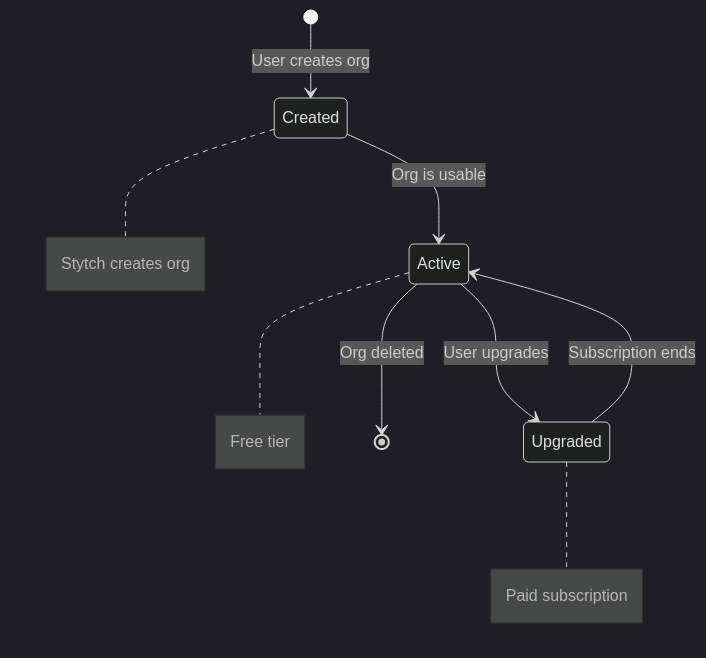
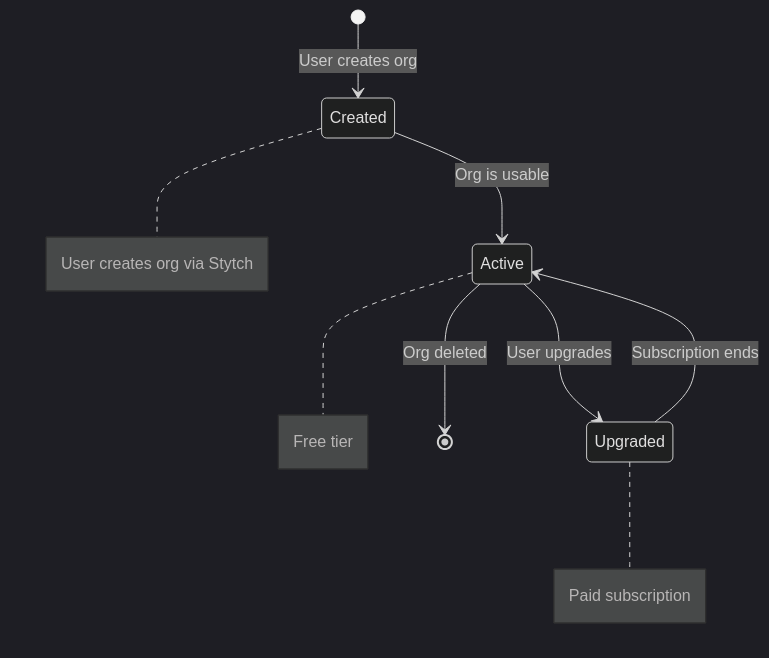
One commit to pikaia-dev/pikaia changed the third of 3 diagrams in docs/features/organizations.md. Above: the diagram before and after it, drawn with Mermaid (dark theme).

Commit message:
docs: clarify org creation note in lifecycle diagram

````diff
--- a/docs/features/organizations.md
+++ b/docs/features/organizations.md
@@ -55,12 +55,12 @@
 ```mermaid
 stateDiagram-v2
     [*] --> Created: User creates org
     Created --> Active: Org is usable
     Active --> Upgraded: User upgrades
     Upgraded --> Active: Subscription ends
     Active --> [*]: Org deleted
     
-    note right of Created: Stytch creates org
+    note right of Created: User creates org via Stytch
     note right of Active: Free tier
     note right of Upgraded: Paid subscription
 ```
````
